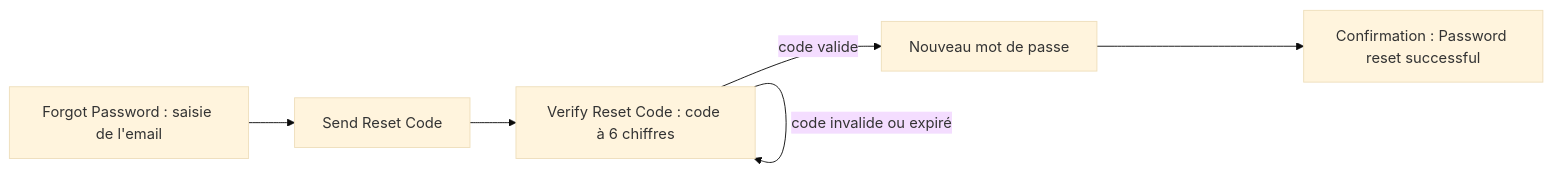
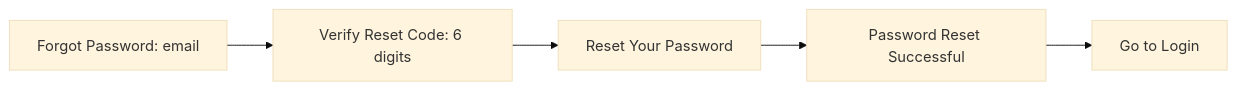
One commit to EtiennePellissier/ENDOless-project changed the second of 5 diagrams in ux2/ux-flows.md. Above: the diagram before and after it, drawn with Mermaid (base theme). The commit also changed other lines of this file, not shown here.

First line of the commit message:
Revise UX flows documentation with detailed user navigation

````diff
--- a/ux2/ux-flows.md
+++ b/ux2/ux-flows.md
@@ -69,8 +104,7 @@
 ```mermaid
 flowchart LR
-    A["Forgot Password : saisie de l'email"] --> B["Send Reset Code"]
-    B --> C["Verify Reset Code : code à 6 chiffres"]
-    C -- code valide --> D["Nouveau mot de passe"]
-    C -- code invalide ou expiré --> C
-    D --> E["Confirmation : Password reset successful"]
+    A[Forgot Password: email] --> B[Verify Reset Code: 6 digits]
+    B --> C[Reset Your Password]
+    C --> D[Password Reset Successful]
+    D --> E[Go to Login]
 ```
````
